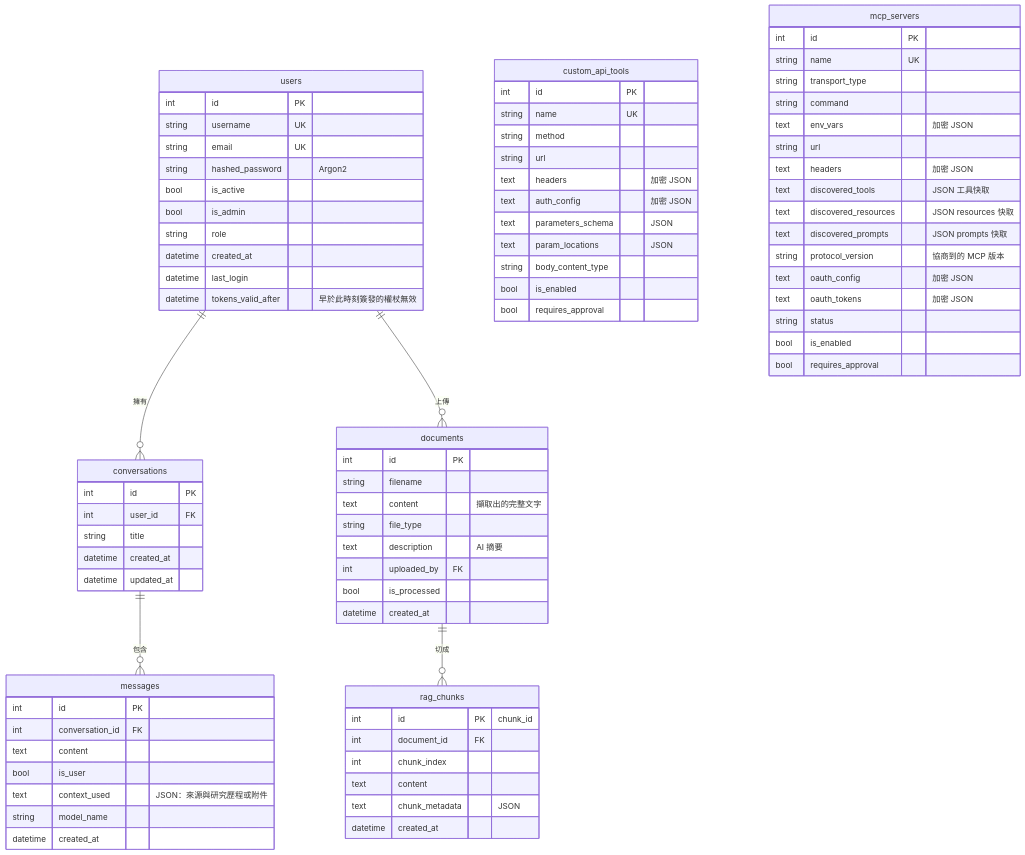
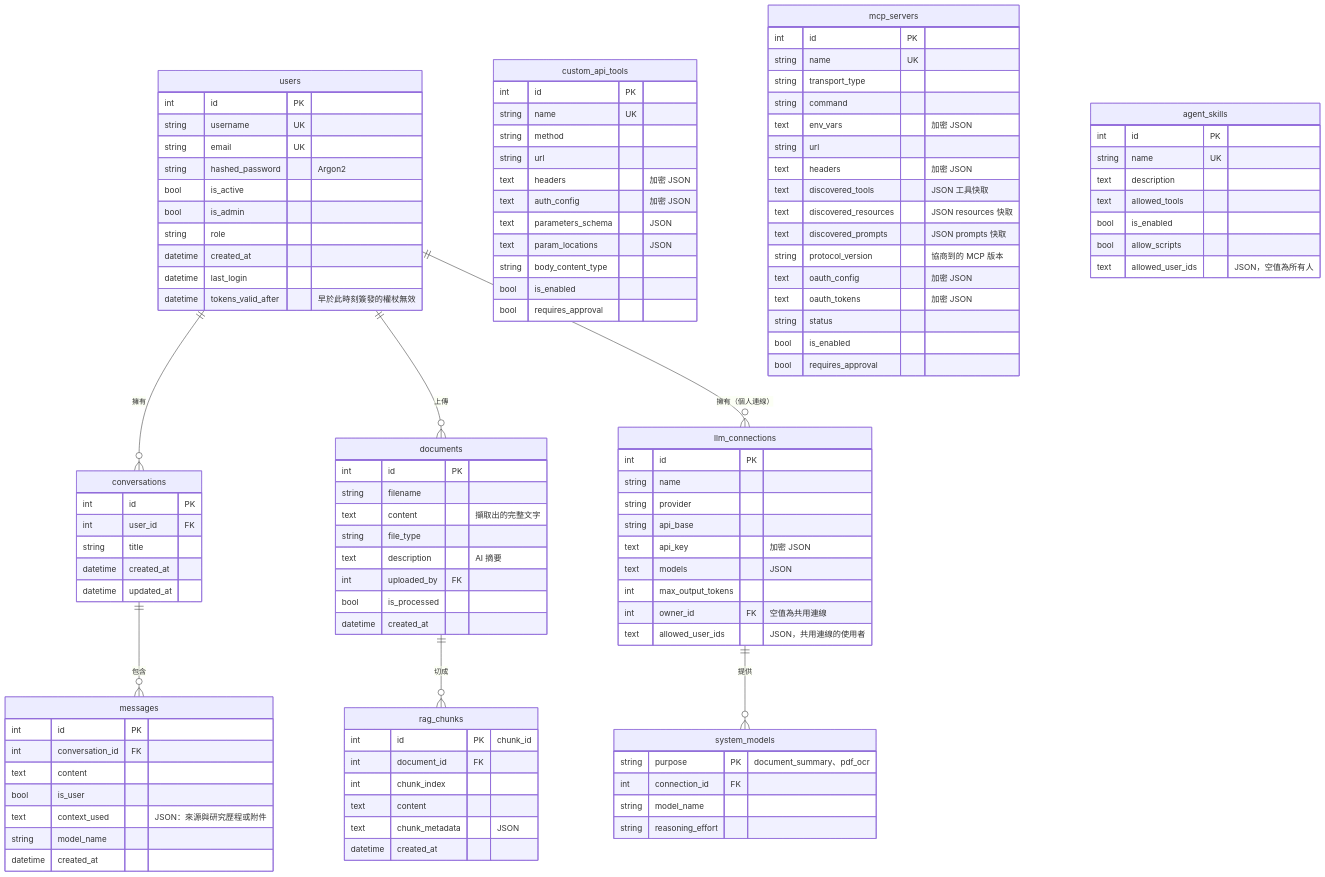
Before and after one commit to Scorpio-meow/AskMiao: the third of 9 diagrams in docs/architecture.md, drawn with Mermaid. The commit also changed other lines of this file and 336 other files, not shown here.

````diff
--- a/docs/architecture.md
+++ b/docs/architecture.md
@@ -146,6 +158,8 @@
     conversations ||--o{ messages : "包含"
     users ||--o{ documents : "上傳"
     documents ||--o{ rag_chunks : "切成"
+    users ||--o{ llm_connections : "擁有（個人連線）"
+    llm_connections ||--o{ system_models : "提供"
 
     users {
         int id PK
@@ -224,4 +238,30 @@
         bool is_enabled
         bool requires_approval
     }
+    agent_skills {
+        int id PK
+        string name UK
+        text description
+        text allowed_tools
+        bool is_enabled
+        bool allow_scripts
+        text allowed_user_ids "JSON，空值為所有人"
+    }
+    llm_connections {
+        int id PK
+        string name
+        string provider
+        string api_base
+        text api_key "加密 JSON"
+        text models "JSON"
+        int max_output_tokens
+        int owner_id FK "空值為共用連線"
+        text allowed_user_ids "JSON，共用連線的使用者"
+    }
+    system_models {
+        string purpose PK "document_summary、pdf_ocr"
+        int connection_id FK
+        string model_name
+        string reasoning_effort
+    }
 ```
````
